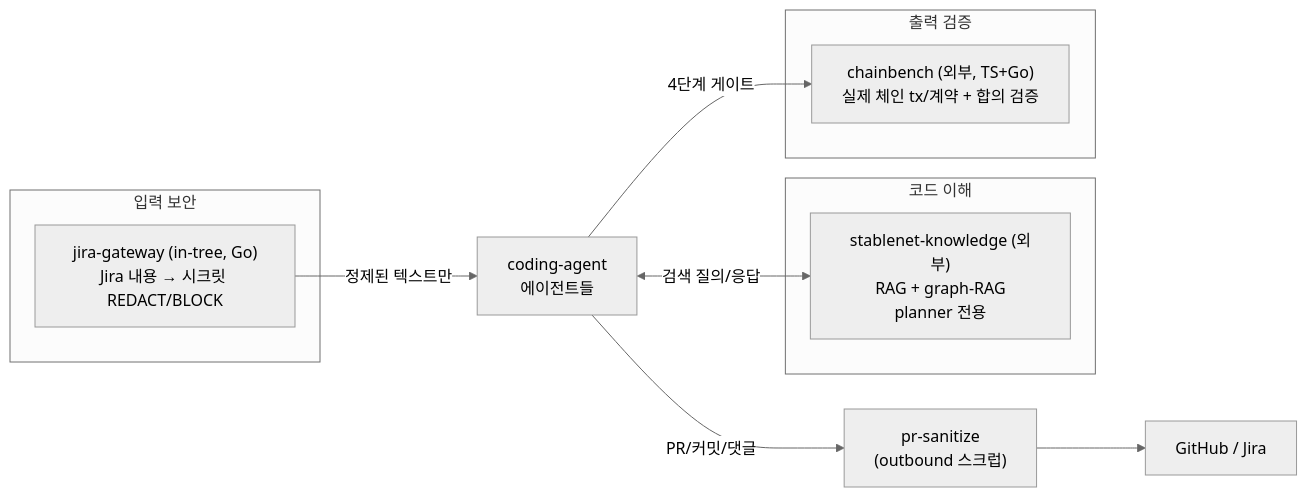
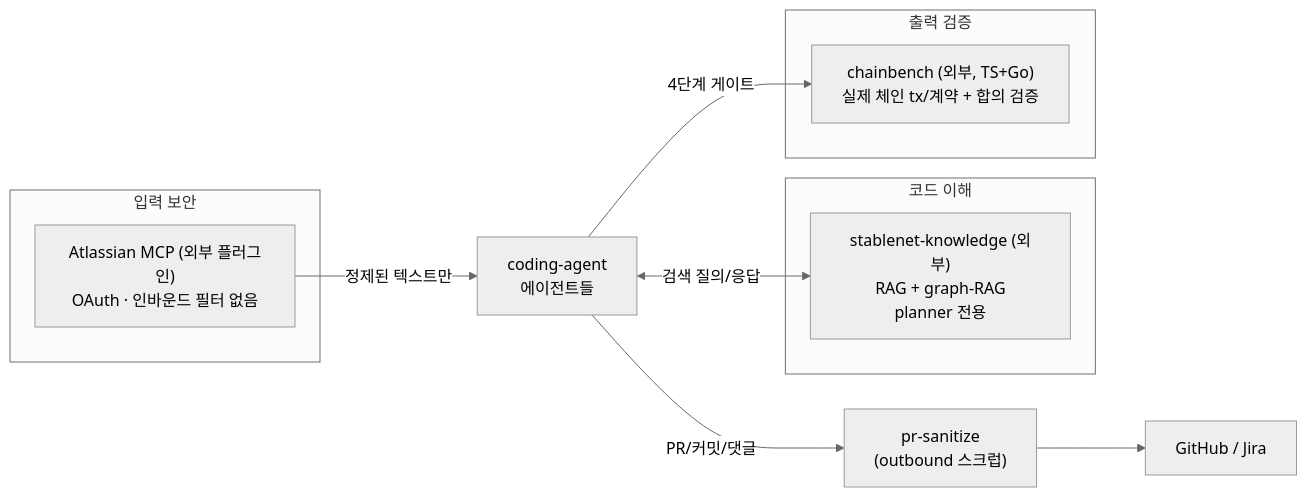
Before and after one commit to stable-net/stablenet-expert: the third of 3 diagrams in docs/OVERVIEW.md, drawn with Mermaid (neutral theme). The commit also changed other lines of this file and 46 other files, not shown here.

First line of the commit message:
Retire jira-gateway, read Jira through the Atlassian MCP (#27)

````diff
--- a/docs/OVERVIEW.md
+++ b/docs/OVERVIEW.md
@@ -250,21 +250,21 @@
 ```mermaid
 flowchart LR
     AG["coding-agent<br/>에이전트들"]
 
     subgraph IN["입력 보안"]
-        JG["jira-gateway (in-tree, Go)<br/>Jira 내용 → 시크릿 REDACT/BLOCK"]
+        JG["Atlassian MCP (외부 플러그인)<br/>OAuth · 인바운드 필터 없음"]
     end
     subgraph UNDERSTAND["코드 이해"]
         stablenet-knowledge["stablenet-knowledge (외부)<br/>RAG + graph-RAG<br/>planner 전용"]
     end
     subgraph VERIFY["출력 검증"]
         CB["chainbench (외부, TS+Go)<br/>실제 체인 tx/계약 + 합의 검증"]
     end
 
     JG -->|정제된 텍스트만| AG
     AG <-->|"검색 질의/응답"| stablenet-knowledge
     AG -->|"4단계 게이트"| CB
 
     AG -->|"PR/커밋/댓글"| SAN["pr-sanitize<br/>(outbound 스크럽)"]
     SAN --> EXT["GitHub / Jira"]
 ```
````
